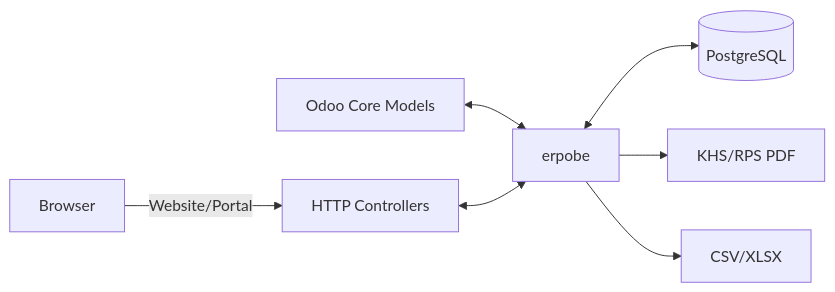
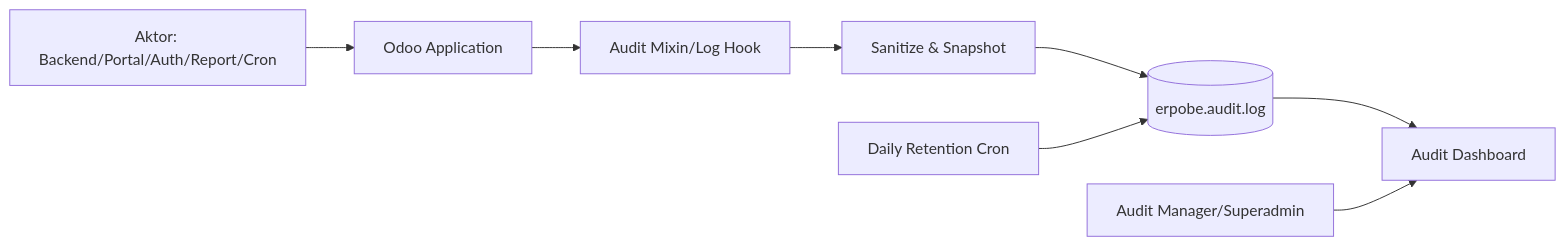
The tenth of 10 diagrams in docs/skripsi/enterprise-architecture.md (SesaSatriva/erpobe_odoo19), drawn with Mermaid before and after one commit. The commit also changed other lines of this file, not shown here.

Commit message:
Doc : Fixed Enterprise Architecture

````diff
--- a/docs/skripsi/enterprise-architecture.md
+++ b/docs/skripsi/enterprise-architecture.md
@@ -764,9 +597,10 @@
 ```mermaid
 flowchart LR
-  Internal[Odoo Core Models] <--> ERP[erpobe]
-  Browser[Browser] -->|Website/Portal| Controller[HTTP Controllers]
-  Controller <--> ERP
-  ERP <--> DB[(PostgreSQL)]
-  ERP --> PDF[KHS/RPS PDF]
-  ERP --> Sheet[CSV/XLSX]
+    Actor[Aktor: Backend/Portal/Auth/Report/Cron] --> App[Odoo Application]
+    App --> Mix[Audit Mixin/Log Hook]
+    Mix --> San[Sanitize & Snapshot]
+    San --> Log[(erpobe.audit.log)]
+    Log --> Dash[Audit Dashboard]
+    Cron[Daily Retention Cron] --> Log
+    Manager[Audit Manager/Superadmin] --> Dash
 ```
````
